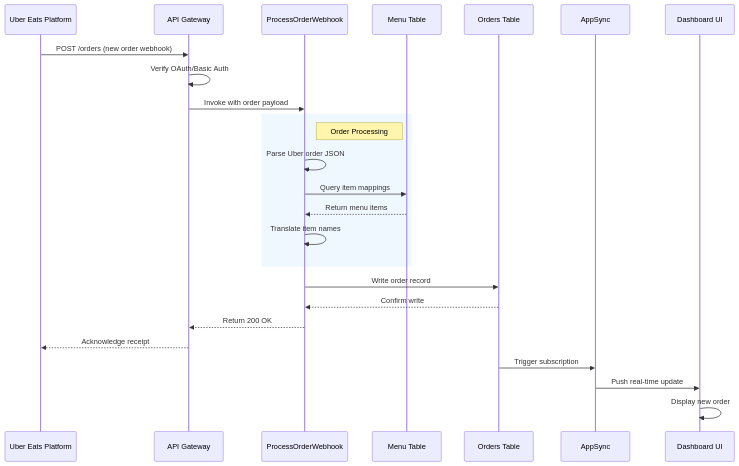
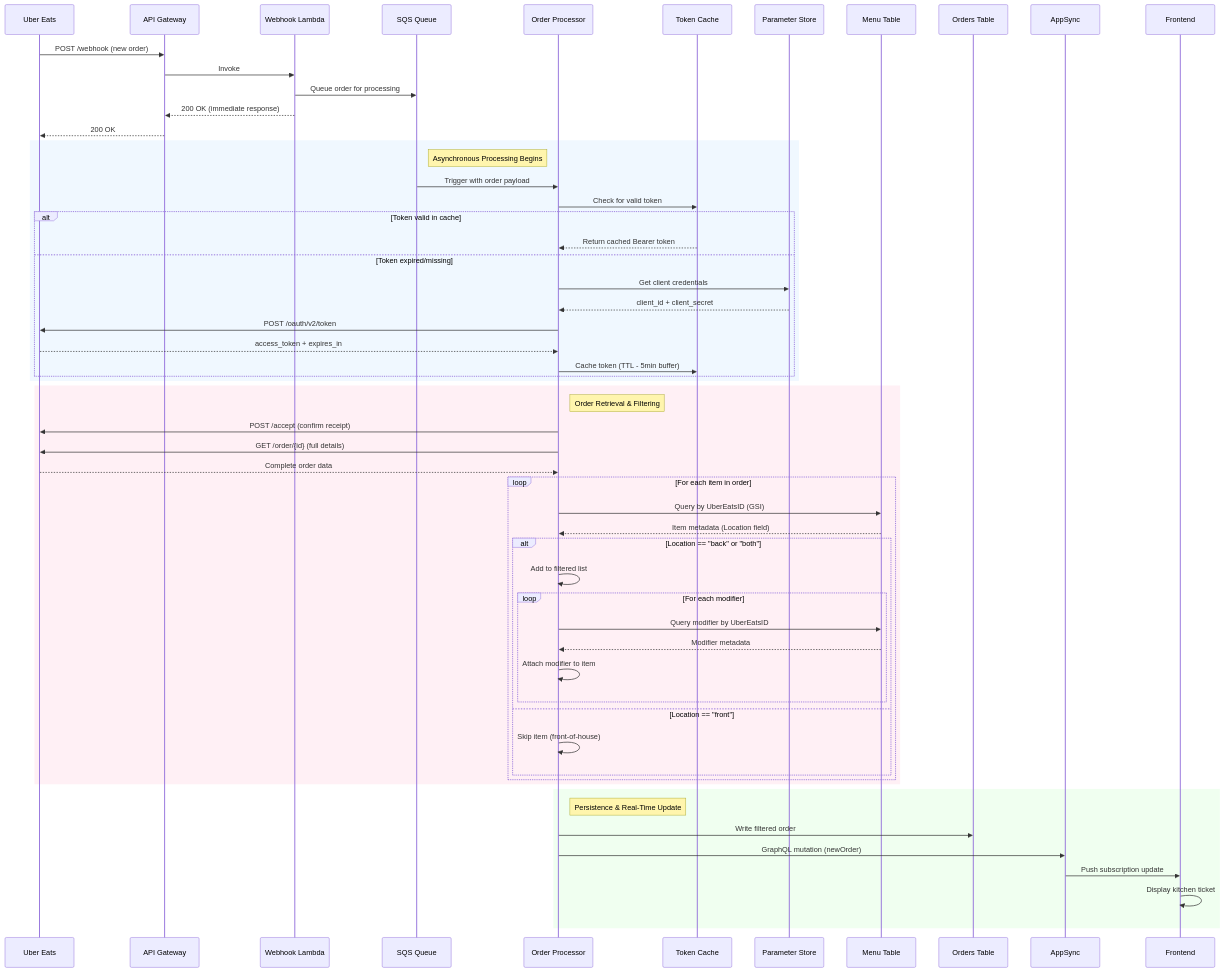
The second of 2 diagrams in README.md (kchenfs/PrepDeck), drawn with Mermaid before and after one commit. The commit also changed other lines of this file, not shown here.

First line of the commit message:
Revise README for PrepDeck project details

````diff
--- a/README.md
+++ b/README.md
@@ -94,31 +122,68 @@
 ```mermaid
 sequenceDiagram
-    participant UberEats as Uber Eats Platform
-    participant APIGateway as API Gateway
-    participant Lambda as ProcessOrderWebhook
-    participant MenuDB as Menu Table
-    participant OrdersDB as Orders Table
-    participant AppSync as AppSync
-    participant Dashboard as Dashboard UI
+    participant UE as Uber Eats
+    participant APIGW as API Gateway
+    participant WH as Webhook Lambda
+    participant SQS as SQS Queue
+    participant OP as Order Processor
+    participant TC as Token Cache
+    participant SSM as Parameter Store
+    participant Menu as Menu Table
+    participant Orders as Orders Table
+    participant AS as AppSync
+    participant FE as Frontend
 
-    UberEats->>APIGateway: POST /orders (new order webhook)
-    APIGateway->>APIGateway: Verify OAuth/Basic Auth
-    APIGateway->>Lambda: Invoke with order payload
+    UE->>APIGW: POST /webhook (new order)
+    APIGW->>WH: Invoke
+    WH->>SQS: Queue order for processing
+    WH-->>APIGW: 200 OK (immediate response)
+    APIGW-->>UE: 200 OK
     
     rect rgb(240, 248, 255)
-    note right of Lambda: Order Processing
-    Lambda->>Lambda: Parse Uber order JSON
-    Lambda->>MenuDB: Query item mappings
-    MenuDB-->>Lambda: Return menu items
-    Lambda->>Lambda: Translate item names
+    note right of SQS: Asynchronous Processing Begins
+    SQS->>OP: Trigger with order payload
+    
+    OP->>TC: Check for valid token
+    alt Token valid in cache
+        TC-->>OP: Return cached Bearer token
+    else Token expired/missing
+        OP->>SSM: Get client credentials
+        SSM-->>OP: client_id + client_secret
+        OP->>UE: POST /oauth/v2/token
+        UE-->>OP: access_token + expires_in
+        OP->>TC: Cache token (TTL - 5min buffer)
+    end
     end
     
-    Lambda->>OrdersDB: Write order record
-    OrdersDB-->>Lambda: Confirm write
-    Lambda-->>APIGateway: Return 200 OK
-    APIGateway-->>UberEats: Acknowledge receipt
+    rect rgb(255, 240, 245)
+    note right of OP: Order Retrieval & Filtering
+    OP->>UE: POST /accept (confirm receipt)
+    OP->>UE: GET /order/{id} (full details)
+    UE-->>OP: Complete order data
     
-    OrdersDB->>AppSync: Trigger subscription
-    AppSync->>Dashboard: Push real-time update
-    Dashboard->>Dashboard: Display new order
+    loop For each item in order
+        OP->>Menu: Query by UberEatsID (GSI)
+        Menu-->>OP: Item metadata (Location field)
+        
+        alt Location == "back" or "both"
+            OP->>OP: Add to filtered list
+            
+            loop For each modifier
+                OP->>Menu: Query modifier by UberEatsID
+                Menu-->>OP: Modifier metadata
+                OP->>OP: Attach modifier to item
+            end
+        else Location == "front"
+            OP->>OP: Skip item (front-of-house)
+        end
+    end
+    end
+    
+    rect rgb(240, 255, 240)
+    note right of OP: Persistence & Real-Time Update
+    OP->>Orders: Write filtered order
+    OP->>AS: GraphQL mutation (newOrder)
+    AS->>FE: Push subscription update
+    FE->>FE: Display kitchen ticket
+    end
 ```
````
